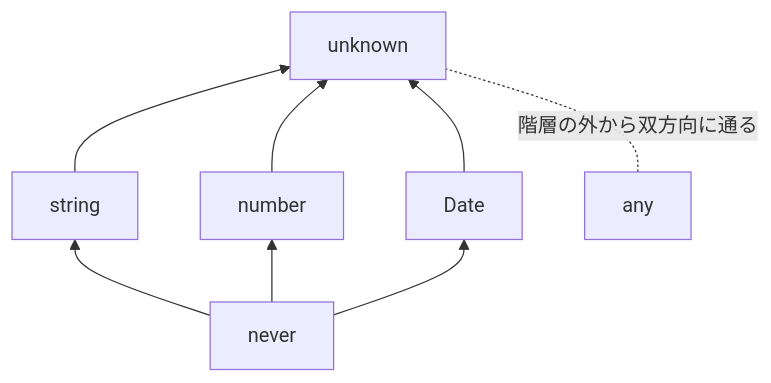
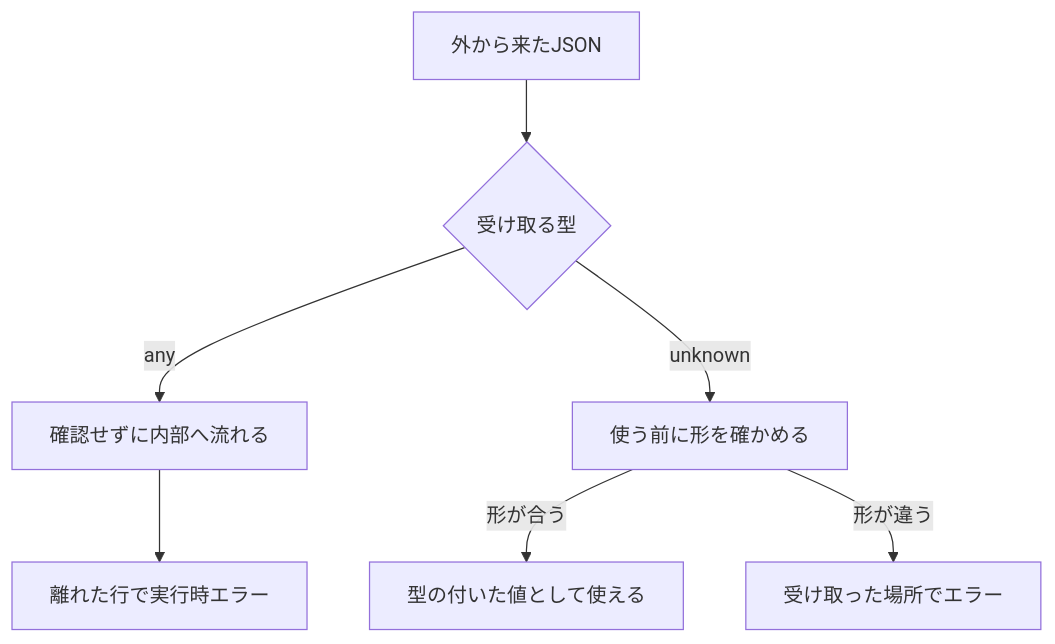
Before and after one commit to nagahara-naoki/zenn: the diagram in articles/60f34240aa53b4.md, drawn with Mermaid. The commit also changed other lines of this file, not shown here.

Commit message:
TypeScriptのany・unknown・neverを理解する

````diff
--- a/articles/60f34240aa53b4.md
+++ b/articles/60f34240aa53b4.md
@@ -63,10 +84,9 @@
 ```mermaid
-flowchart BT
-    NV[never] --> ST[string]
-    NV --> NM[number]
-    NV --> DT[Date]
-    ST --> UK[unknown]
-    NM --> UK
-    DT --> UK
-    AN[any] -. 階層の外から双方向に通る .- UK
+flowchart TD
+    J[外から来たJSON] --> R{受け取る型}
+    R -->|any| S[確認せずに内部へ流れる]
+    S --> F[離れた行で実行時エラー]
+    R -->|unknown| C[使う前に形を確かめる]
+    C -->|形が合う| T[型の付いた値として使える]
+    C -->|形が違う| E[受け取った場所でエラー]
 ```
````
